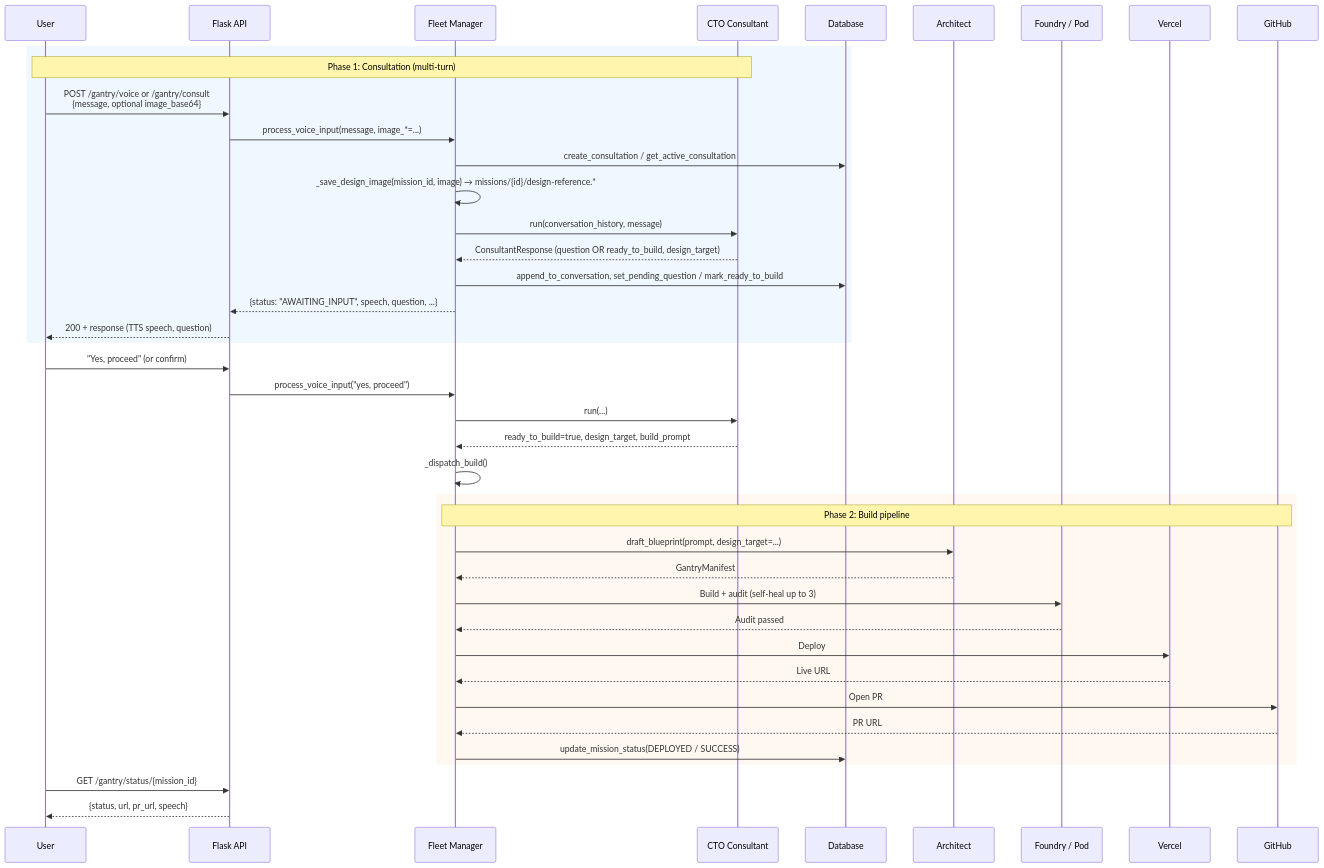
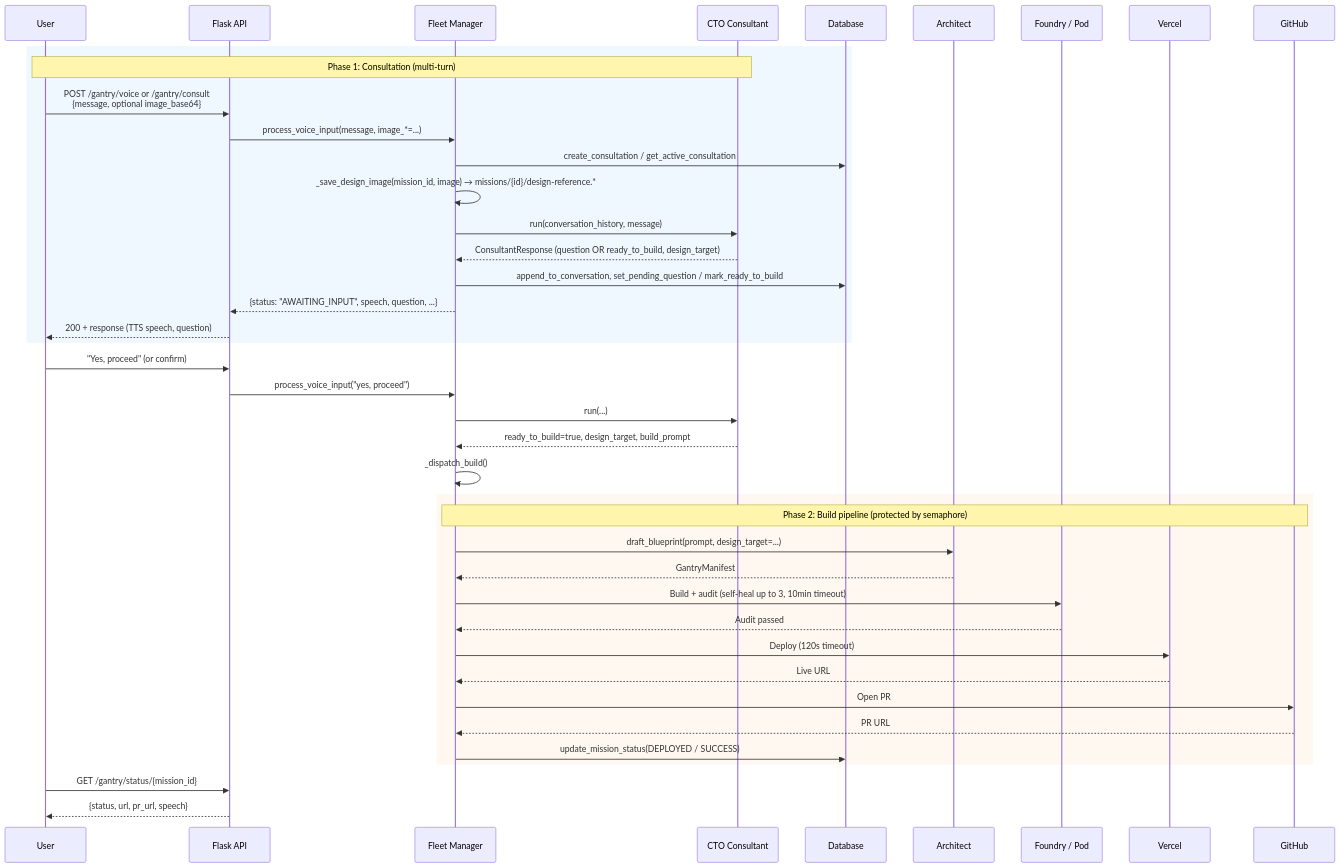
One commit to Jarvis2021/gantry changed the second of 5 diagrams in ARCHITECTURE.md. Above: the diagram before and after it, drawn with Mermaid. The commit also changed other lines of this file and 1 other file, not shown here.

First line of the commit message:
docs: Update ARCHITECTURE.md with robustness features, fix cursorrules numbering

````diff
--- a/ARCHITECTURE.md
+++ b/ARCHITECTURE.md
@@ -119,47 +119,47 @@
 ```mermaid
 sequenceDiagram
     participant User as User
     participant API as Flask API
     participant Fleet as Fleet Manager
     participant Consultant as CTO Consultant
     participant DB as Database
     participant Architect as Architect
     participant Pod as Foundry / Pod
     participant Vercel as Vercel
     participant GitHub as GitHub
 
     rect rgb(240, 248, 255)
         Note over User,Consultant: Phase 1: Consultation (multi-turn)
         User->>API: POST /gantry/voice or /gantry/consult<br/>{message, optional image_base64}
         API->>Fleet: process_voice_input(message, image_*=...)
         Fleet->>DB: create_consultation / get_active_consultation
         Fleet->>Fleet: _save_design_image(mission_id, image) → missions/{id}/design-reference.*
         Fleet->>Consultant: run(conversation_history, message)
         Consultant-->>Fleet: ConsultantResponse (question OR ready_to_build, design_target)
         Fleet->>DB: append_to_conversation, set_pending_question / mark_ready_to_build
         Fleet-->>API: {status: "AWAITING_INPUT", speech, question, ...}
         API-->>User: 200 + response (TTS speech, question)
     end
 
     User->>API: "Yes, proceed" (or confirm)
     API->>Fleet: process_voice_input("yes, proceed")
     Fleet->>Consultant: run(...)
     Consultant-->>Fleet: ready_to_build=true, design_target, build_prompt
     Fleet->>Fleet: _dispatch_build()
 
     rect rgb(255, 248, 240)
-        Note over Fleet,GitHub: Phase 2: Build pipeline
+        Note over Fleet,GitHub: Phase 2: Build pipeline (protected by semaphore)
         Fleet->>Architect: draft_blueprint(prompt, design_target=...)
         Architect-->>Fleet: GantryManifest
-        Fleet->>Pod: Build + audit (self-heal up to 3)
+        Fleet->>Pod: Build + audit (self-heal up to 3, 10min timeout)
         Pod-->>Fleet: Audit passed
-        Fleet->>Vercel: Deploy
+        Fleet->>Vercel: Deploy (120s timeout)
         Vercel-->>Fleet: Live URL
         Fleet->>GitHub: Open PR
         GitHub-->>Fleet: PR URL
         Fleet->>DB: update_mission_status(DEPLOYED / SUCCESS)
     end
 
     User->>API: GET /gantry/status/{mission_id}
     API-->>User: {status, url, pr_url, speech}
 ```
````
